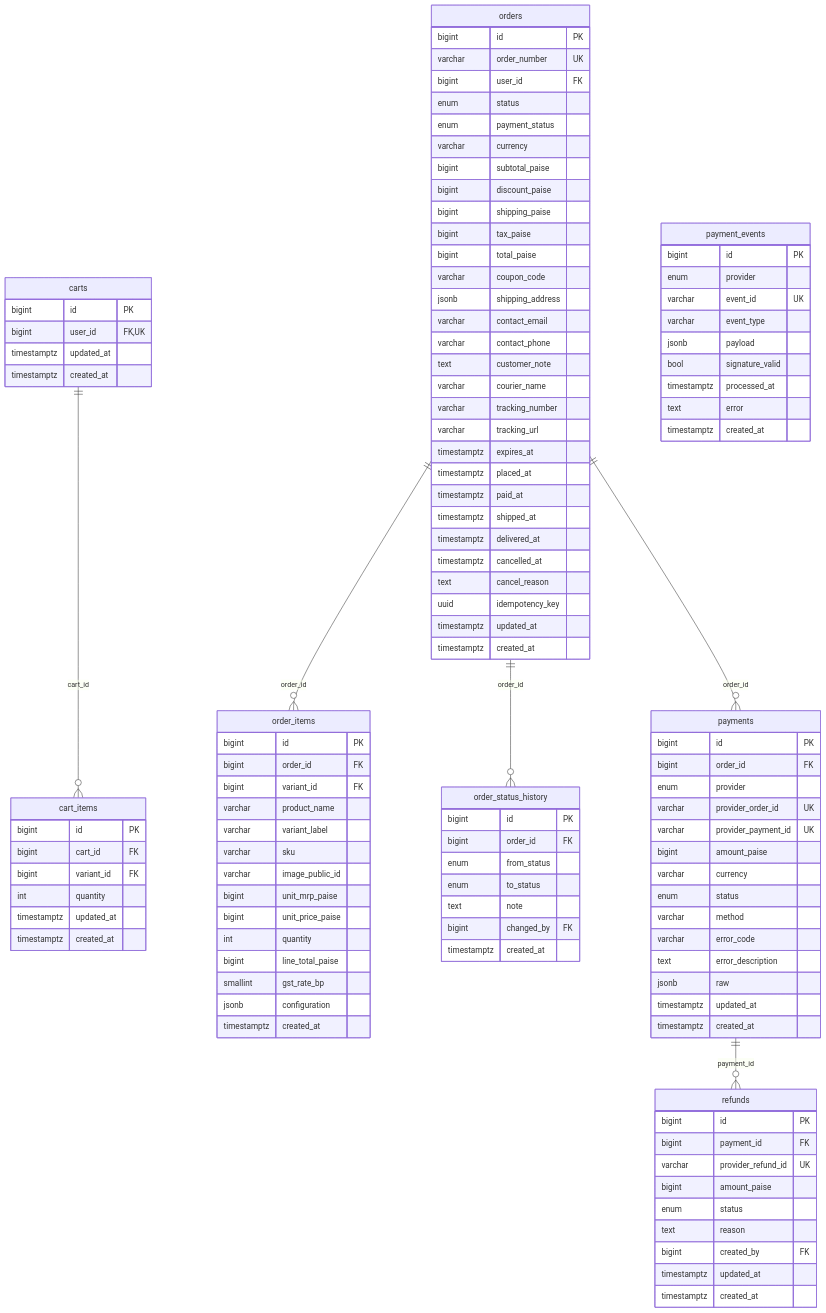
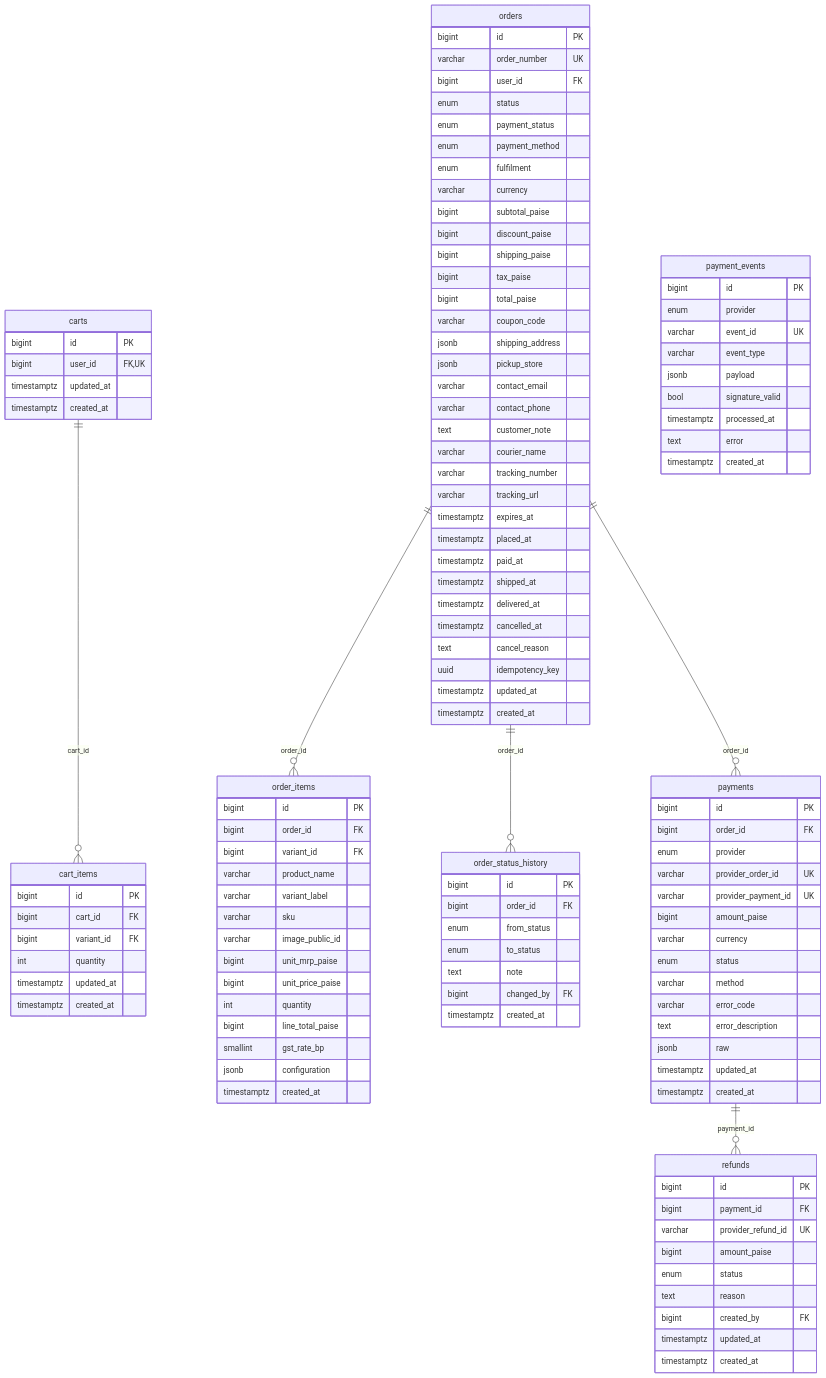
The third of 4 diagrams in docs/DATABASE.md (sharan-hs/Opticals), drawn with Mermaid before and after one commit. The commit also changed 23 other files, not shown here.

```diff
--- a/docs/DATABASE.md
+++ b/docs/DATABASE.md
@@ -209,6 +209,8 @@
         bigint user_id FK
         enum status
         enum payment_status
+        enum payment_method
+        enum fulfilment
         varchar currency
         bigint subtotal_paise
         bigint discount_paise
@@ -217,6 +219,7 @@
         bigint total_paise
         varchar coupon_code
         jsonb shipping_address
+        jsonb pickup_store
         varchar contact_email
         varchar contact_phone
         text customer_note
```
